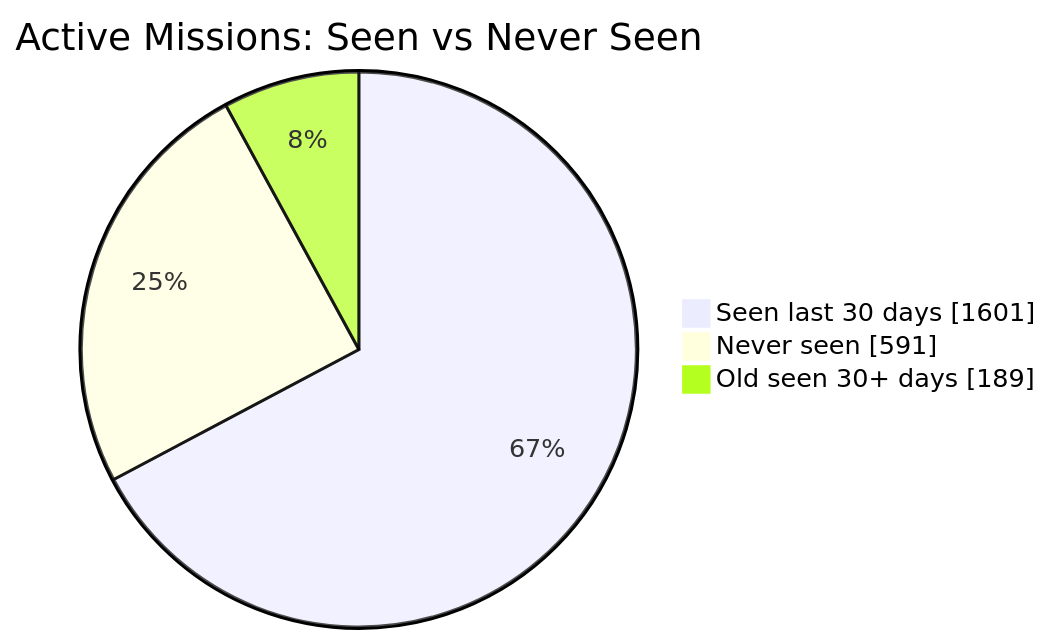
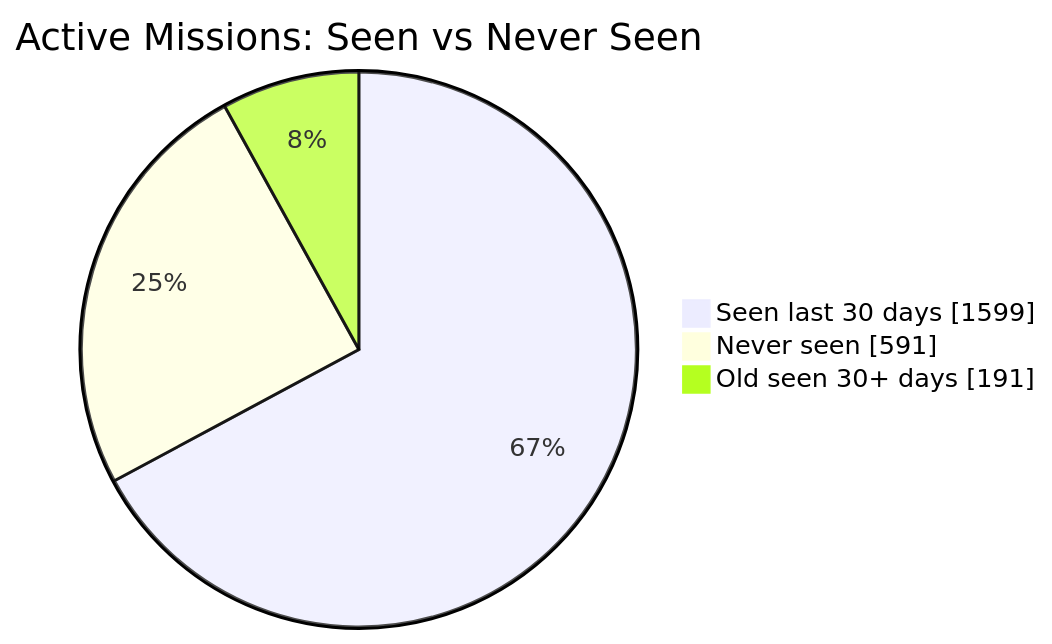
One commit to MeldkamerspelGameTeam/active-missions changed the first of 2 diagrams in README.md. Above: the diagram before and after it, drawn with Mermaid. The commit also changed other lines of this file and 2 other files, not shown here.

````diff
--- a/README.md
+++ b/README.md
@@ -34,7 +34,7 @@
 ```mermaid
 pie showData
     title Active Missions: Seen vs Never Seen
-    "Seen last 30 days" : 1601
+    "Seen last 30 days" : 1599
     "Never seen" : 591
-    "Old seen 30+ days" : 189
+    "Old seen 30+ days" : 191
 ```
````
